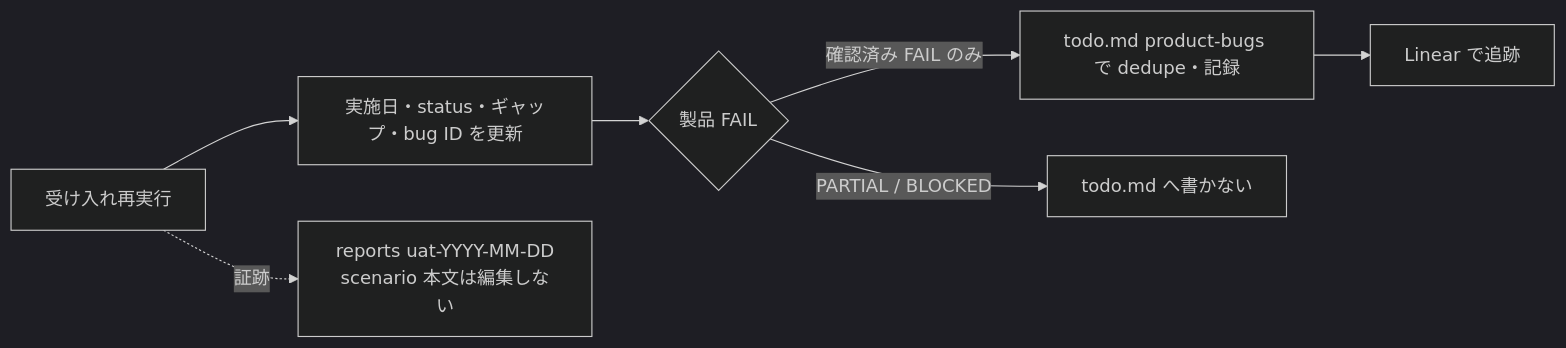
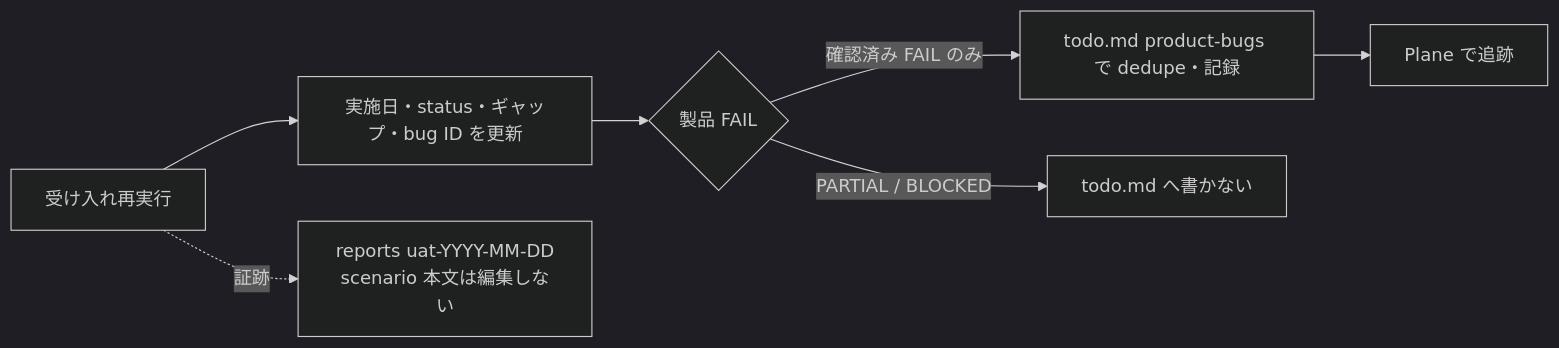
Before and after one commit to MinoruSoga/AnimalEkarte: the diagram in docs/ops/testing/UAT-DOMAIN-STATUS.md, drawn with Mermaid (dark theme). The commit also changed other lines of this file and 106 other files, not shown here.

First line of the commit message:
docs: docs/ 全区画の最新化 — Linear→Plane 移行と実装照合のドリフト訂正

````diff
--- a/docs/ops/testing/UAT-DOMAIN-STATUS.md
+++ b/docs/ops/testing/UAT-DOMAIN-STATUS.md
@@ -210,9 +210,9 @@
 ```mermaid
 flowchart LR
     R[受け入れ再実行] --> U[実施日・status・ギャップ・bug ID を更新]
     U --> Q{製品 FAIL}
     Q -->|確認済み FAIL のみ| T["todo.md product-bugs で dedupe・記録"]
-    T --> L[Linear で追跡]
+    T --> L[Plane で追跡]
     Q -->|PARTIAL / BLOCKED| N[todo.md へ書かない]
     R -. 証跡 .-> E["reports uat-YYYY-MM-DD<br>scenario 本文は編集しない"]
 ```
````
